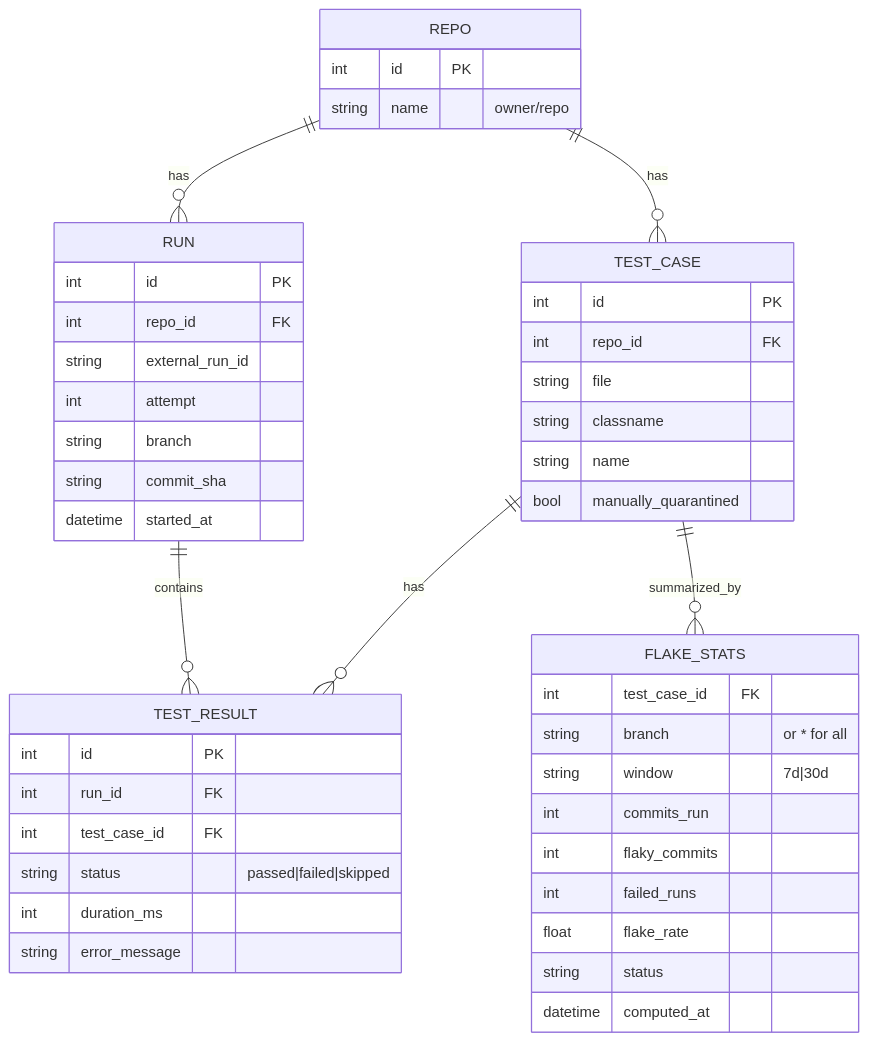
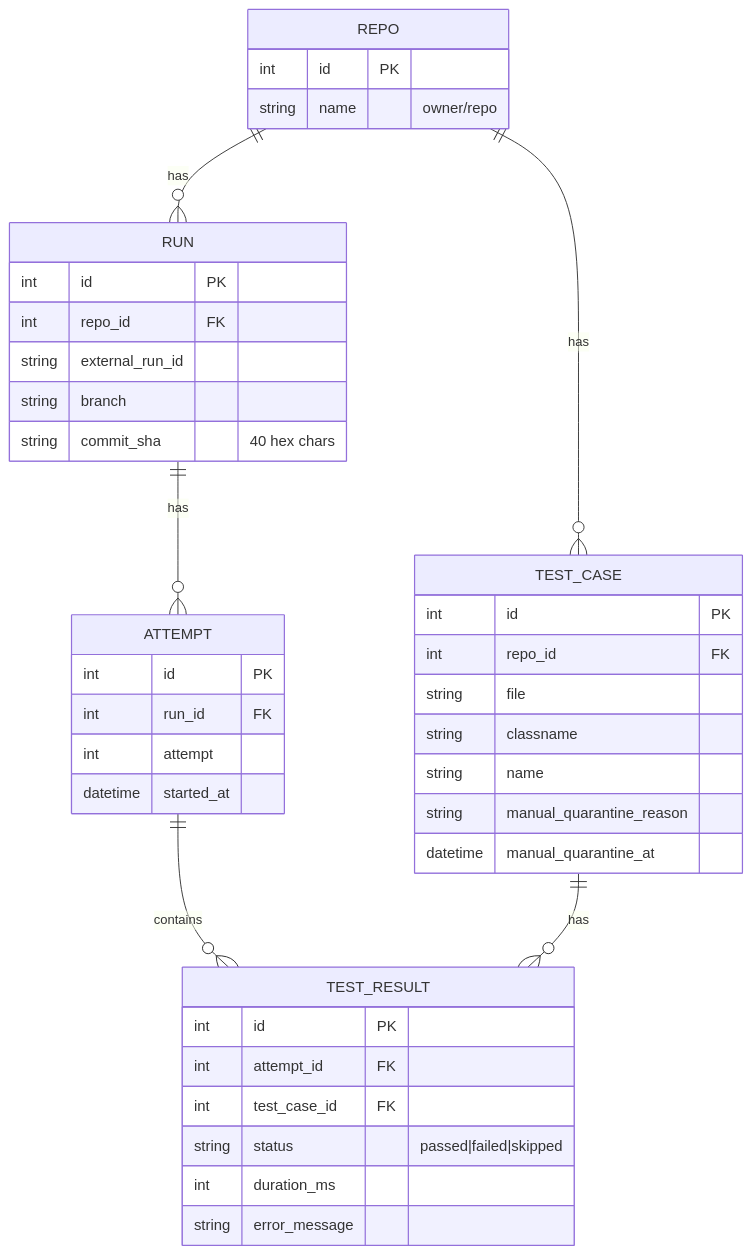
Before and after one commit to Build-HeliParekh/ci-flakewatch: the third of 3 diagrams in README.md, drawn with Mermaid. The commit also changed other lines of this file and 2 other files, not shown here.

````diff
--- a/README.md
+++ b/README.md
@@ -338,49 +378,43 @@
 ```mermaid
 erDiagram
     REPO ||--o{ RUN : has
     REPO ||--o{ TEST_CASE : has
-    RUN ||--o{ TEST_RESULT : contains
+    RUN ||--o{ ATTEMPT : has
+    ATTEMPT ||--o{ TEST_RESULT : contains
     TEST_CASE ||--o{ TEST_RESULT : has
-    TEST_CASE ||--o{ FLAKE_STATS : summarized_by
 
     REPO {
         int id PK
         string name "owner/repo"
     }
     RUN {
         int id PK
         int repo_id FK
         string external_run_id
+        string branch
+        string commit_sha "40 hex chars"
+    }
+    ATTEMPT {
+        int id PK
+        int run_id FK
         int attempt
-        string branch
-        string commit_sha
         datetime started_at
     }
     TEST_CASE {
         int id PK
         int repo_id FK
         string file
         string classname
         string name
-        bool manually_quarantined
+        string manual_quarantine_reason
+        datetime manual_quarantine_at
     }
     TEST_RESULT {
         int id PK
-        int run_id FK
+        int attempt_id FK
         int test_case_id FK
         string status "passed|failed|skipped"
         int duration_ms
         string error_message
     }
-    FLAKE_STATS {
-        int test_case_id FK
-        string branch "or * for all"
-        string window "7d|30d"
-        int commits_run
-        int flaky_commits
-        int failed_runs
-        float flake_rate
-        string status
-        datetime computed_at
-    }
 ```
````
